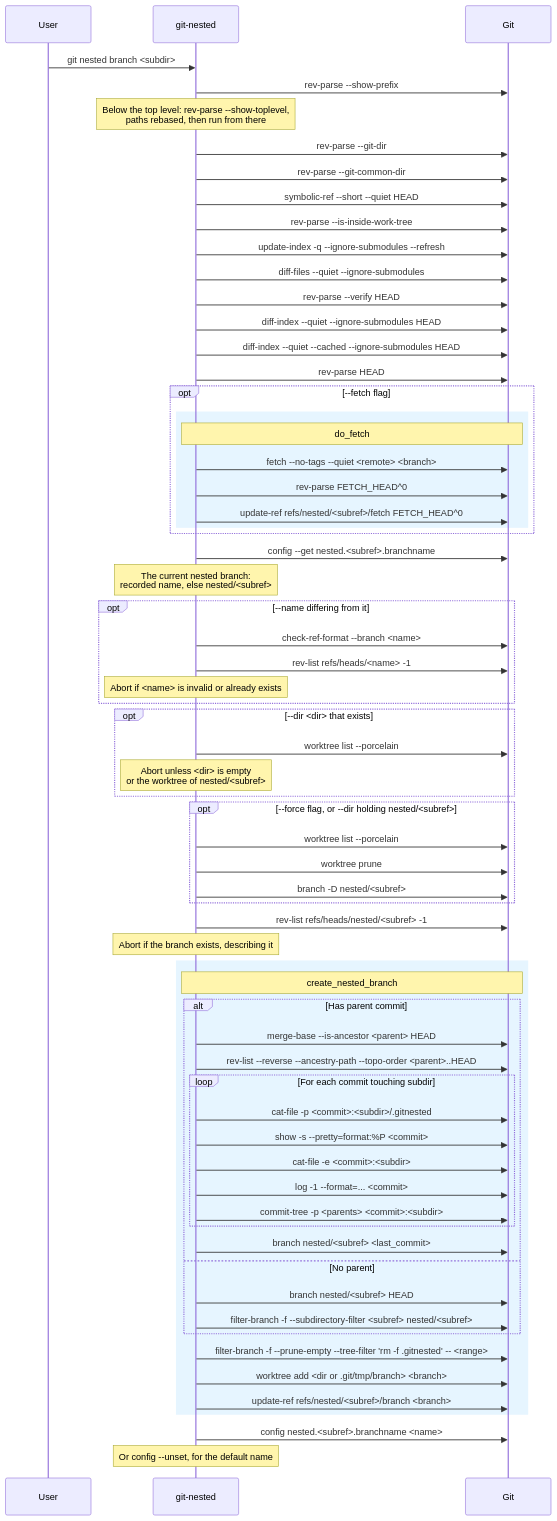
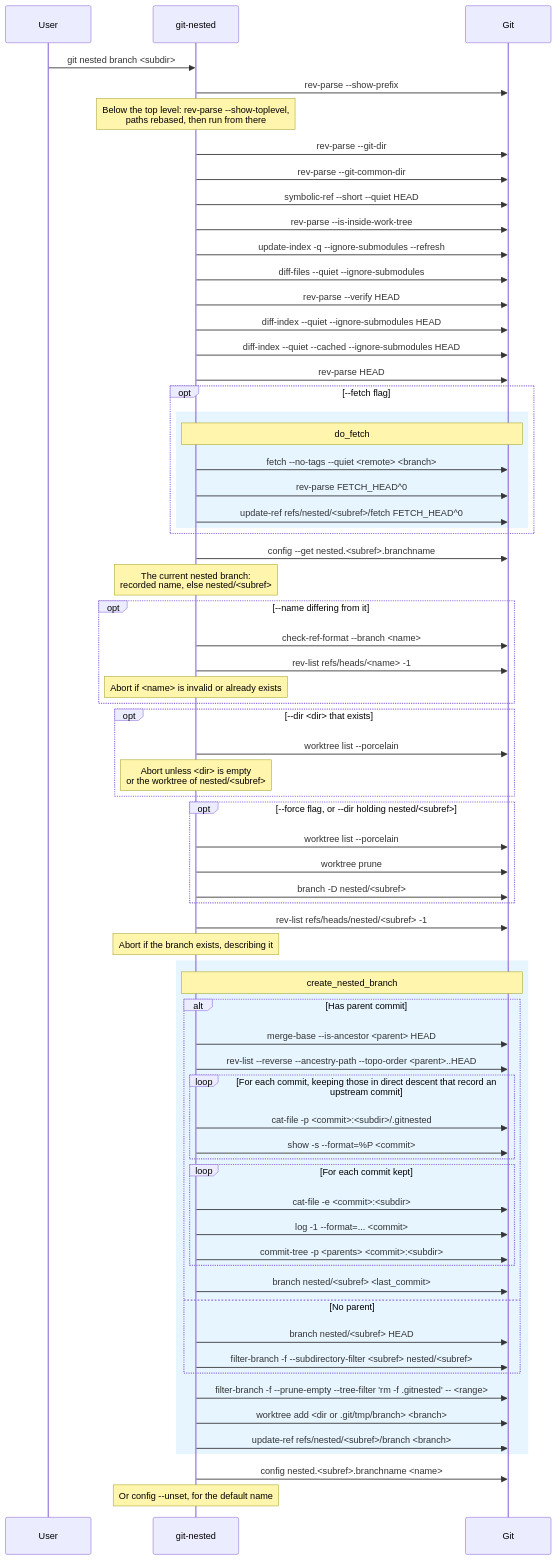
One commit to thorsten-klein/git-nested changed the sixth of 14 diagrams in docs/diagrams.md. Above: the diagram before and after it, drawn with Mermaid. The commit also changed other lines of this file and 40 other files, not shown here.

````diff
--- a/docs/diagrams.md
+++ b/docs/diagrams.md
@@ -308,78 +309,80 @@
 ```mermaid
 sequenceDiagram
     participant User
     participant git-nested
     participant Git
 
     User->>git-nested: git nested branch <subdir>
     git-nested->>Git: rev-parse --show-prefix
     Note over git-nested: Below the top level: rev-parse --show-toplevel,<br/>paths rebased, then run from there
     git-nested->>Git: rev-parse --git-dir
     git-nested->>Git: rev-parse --git-common-dir
     git-nested->>Git: symbolic-ref --short --quiet HEAD
     git-nested->>Git: rev-parse --is-inside-work-tree
     git-nested->>Git: update-index -q --ignore-submodules --refresh
     git-nested->>Git: diff-files --quiet --ignore-submodules
     git-nested->>Git: rev-parse --verify HEAD
     git-nested->>Git: diff-index --quiet --ignore-submodules HEAD
     git-nested->>Git: diff-index --quiet --cached --ignore-submodules HEAD
     git-nested->>Git: rev-parse HEAD
 
     opt --fetch flag
         rect rgb(230, 245, 255)
             Note over git-nested,Git: do_fetch
             git-nested->>Git: fetch --no-tags --quiet <remote> <branch>
             git-nested->>Git: rev-parse FETCH_HEAD^0
             git-nested->>Git: update-ref refs/nested/<subref>/fetch FETCH_HEAD^0
         end
     end
 
     git-nested->>Git: config --get nested.<subref>.branchname
     Note over git-nested: The current nested branch:<br/>recorded name, else nested/<subref>
 
     opt --name differing from it
         git-nested->>Git: check-ref-format --branch <name>
         git-nested->>Git: rev-list refs/heads/<name> -1
         Note over git-nested: Abort if <name> is invalid or already exists
     end
 
     opt --dir <dir> that exists
         git-nested->>Git: worktree list --porcelain
         Note over git-nested: Abort unless <dir> is empty<br/>or the worktree of nested/<subref>
     end
 
     opt --force flag, or --dir holding nested/<subref>
         git-nested->>Git: worktree list --porcelain
         git-nested->>Git: worktree prune
         git-nested->>Git: branch -D nested/<subref>
     end
 
     git-nested->>Git: rev-list refs/heads/nested/<subref> -1
     Note over git-nested: Abort if the branch exists, describing it
 
     rect rgb(230, 245, 255)
         Note over git-nested,Git: create_nested_branch
         alt Has parent commit
             git-nested->>Git: merge-base --is-ancestor <parent> HEAD
             git-nested->>Git: rev-list --reverse --ancestry-path --topo-order <parent>..HEAD
-            loop For each commit touching subdir
+            loop For each commit, keeping those in direct descent that record an upstream commit
                 git-nested->>Git: cat-file -p <commit>:<subdir>/.gitnested
-                git-nested->>Git: show -s --pretty=format:%P <commit>
+                git-nested->>Git: show -s --format=%P <commit>
+            end
+            loop For each commit kept
                 git-nested->>Git: cat-file -e <commit>:<subdir>
                 git-nested->>Git: log -1 --format=... <commit>
                 git-nested->>Git: commit-tree -p <parents> <commit>:<subdir>
             end
             git-nested->>Git: branch nested/<subref> <last_commit>
         else No parent
             git-nested->>Git: branch nested/<subref> HEAD
             git-nested->>Git: filter-branch -f --subdirectory-filter <subref> nested/<subref>
         end
 
         git-nested->>Git: filter-branch -f --prune-empty --tree-filter 'rm -f .gitnested' -- <range>
         git-nested->>Git: worktree add <dir or .git/tmp/branch> <branch>
         git-nested->>Git: update-ref refs/nested/<subref>/branch <branch>
     end
 
     git-nested->>Git: config nested.<subref>.branchname <name>
     Note over git-nested: Or config --unset, for the default name
 ```
````
